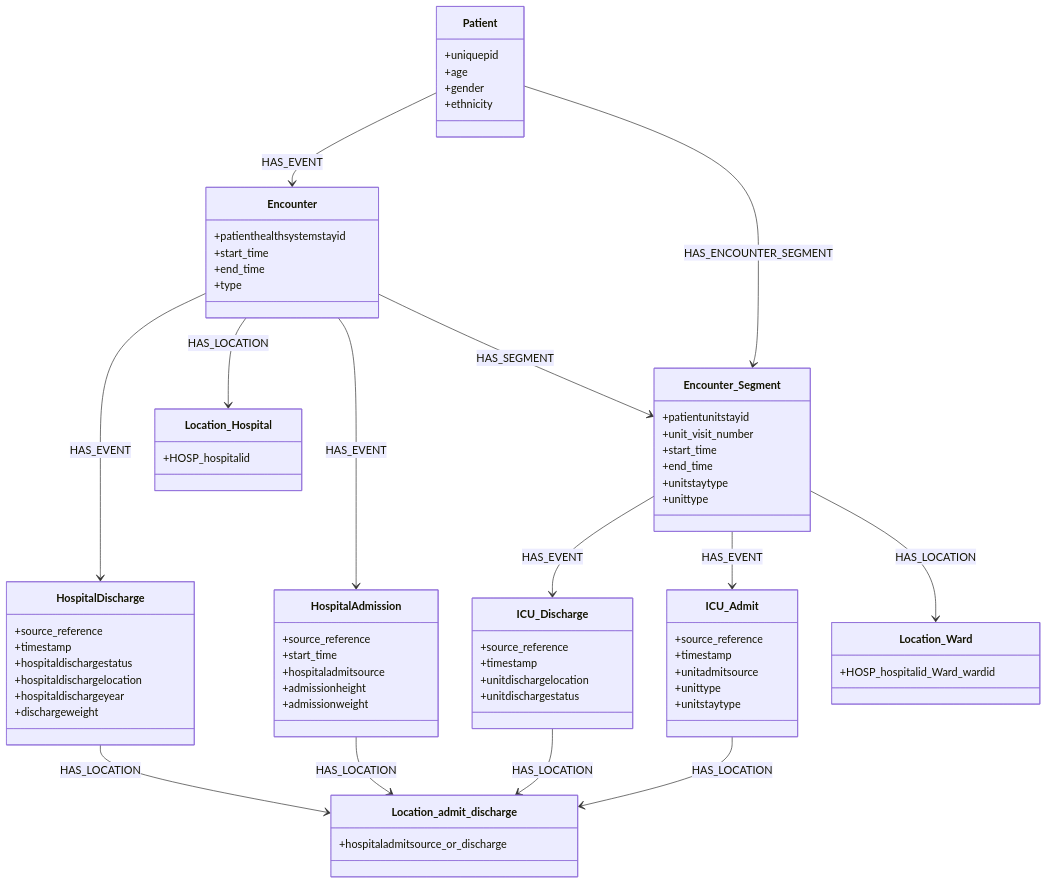
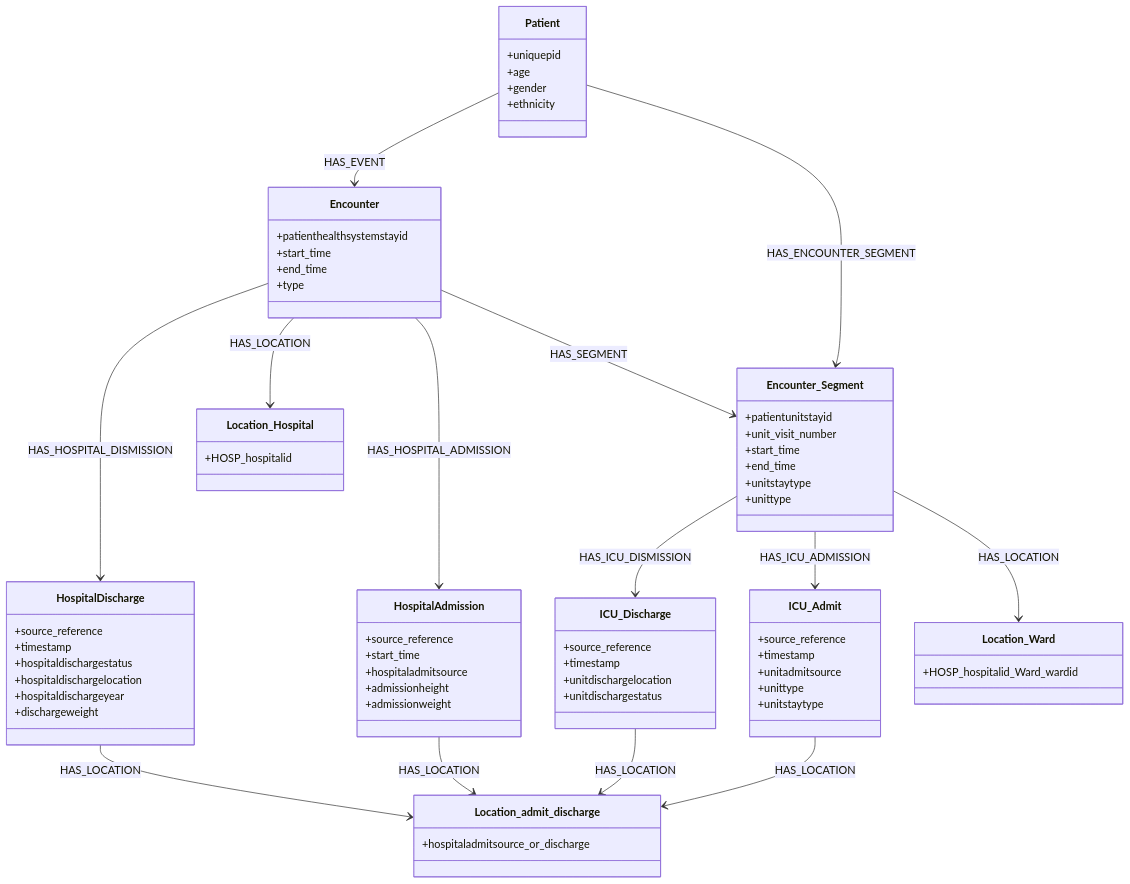
The diagram in README.md (BecksFedeUniPr/eICU_mapping), drawn with Mermaid before and after one commit. The commit also changed 1 other file, not shown here.

```diff
--- a/README.md
+++ b/README.md
@@ -100,11 +100,11 @@
     Patient --> Encounter_Segment : HAS_ENCOUNTER_SEGMENT
     Encounter --> Encounter_Segment : HAS_SEGMENT
     
-    Encounter --> HospitalAdmission : HAS_EVENT
-    Encounter --> HospitalDischarge : HAS_EVENT
+    Encounter --> HospitalAdmission : HAS_HOSPITAL_ADMISSION
+    Encounter --> HospitalDischarge : HAS_HOSPITAL_DISMISSION
     
-    Encounter_Segment --> ICU_Admit : HAS_EVENT
-    Encounter_Segment --> ICU_Discharge : HAS_EVENT
+    Encounter_Segment --> ICU_Admit : HAS_ICU_ADMISSION
+    Encounter_Segment --> ICU_Discharge : HAS_ICU_DISMISSION
     
     Encounter --> Location_Hospital : HAS_LOCATION
     Encounter_Segment --> Location_Ward : HAS_LOCATION
```
